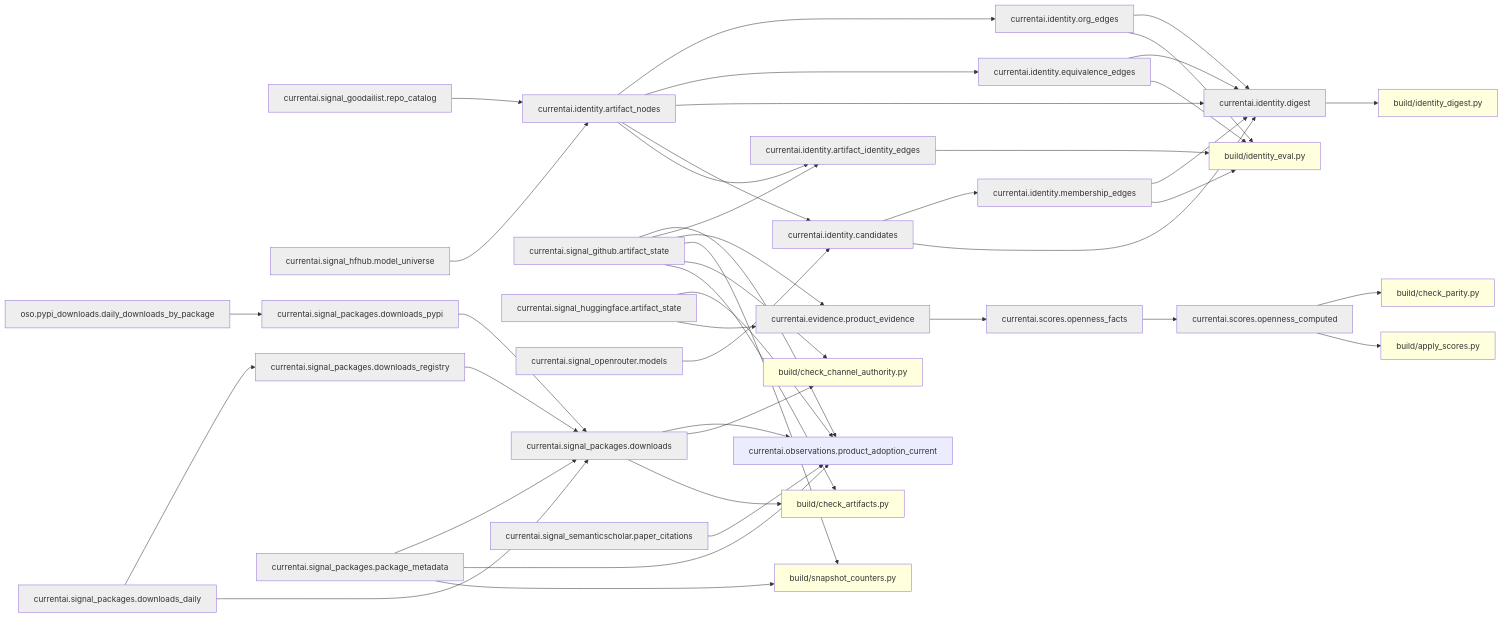
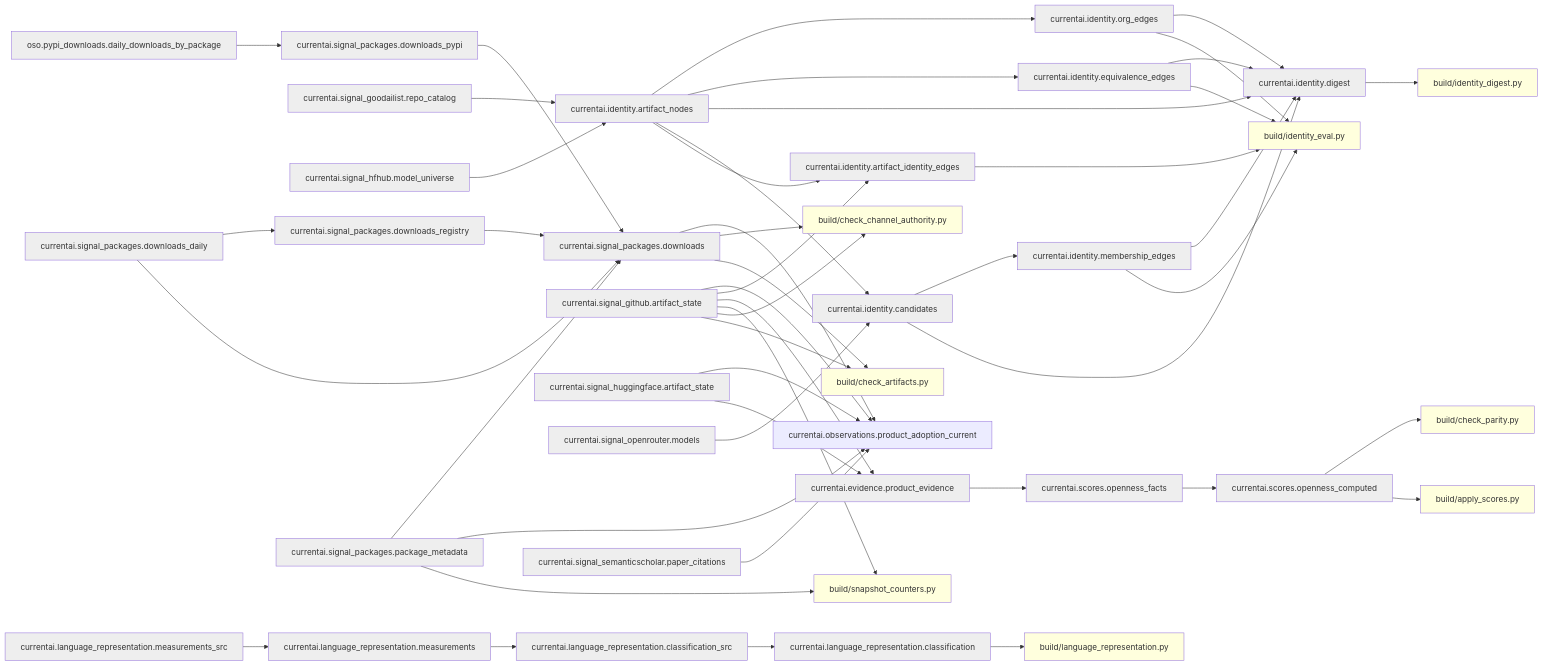
One commit to currentai-org/os-ai-map changed the second of 3 diagrams in docs/architecture/current-state-dag.md. Above: the diagram before and after it, drawn with Mermaid. The commit also changed 8 other files, not shown here.

First line of the commit message:
Contract the Artio language classification tables

````diff
--- a/docs/architecture/current-state-dag.md
+++ b/docs/architecture/current-state-dag.md
@@ -93,48 +93,52 @@
 ```mermaid
 graph LR
   currentai__evidence__product_evidence[currentai.evidence.product_evidence]:::dep --> currentai__scores__openness_facts[currentai.scores.openness_facts]:::dep
   currentai__identity__artifact_identity_edges[currentai.identity.artifact_identity_edges]:::dep --> build/identity_eval__py[build/identity_eval.py]:::audit
   currentai__identity__artifact_nodes[currentai.identity.artifact_nodes]:::dep --> currentai__identity__artifact_identity_edges[currentai.identity.artifact_identity_edges]:::dep
   currentai__identity__artifact_nodes[currentai.identity.artifact_nodes]:::dep --> currentai__identity__candidates[currentai.identity.candidates]:::dep
   currentai__identity__artifact_nodes[currentai.identity.artifact_nodes]:::dep --> currentai__identity__digest[currentai.identity.digest]:::dep
   currentai__identity__artifact_nodes[currentai.identity.artifact_nodes]:::dep --> currentai__identity__equivalence_edges[currentai.identity.equivalence_edges]:::dep
   currentai__identity__artifact_nodes[currentai.identity.artifact_nodes]:::dep --> currentai__identity__org_edges[currentai.identity.org_edges]:::dep
   currentai__identity__candidates[currentai.identity.candidates]:::dep --> currentai__identity__digest[currentai.identity.digest]:::dep
   currentai__identity__candidates[currentai.identity.candidates]:::dep --> currentai__identity__membership_edges[currentai.identity.membership_edges]:::dep
   currentai__identity__digest[currentai.identity.digest]:::dep --> build/identity_digest__py[build/identity_digest.py]:::audit
   currentai__identity__equivalence_edges[currentai.identity.equivalence_edges]:::dep --> build/identity_eval__py[build/identity_eval.py]:::audit
   currentai__identity__equivalence_edges[currentai.identity.equivalence_edges]:::dep --> currentai__identity__digest[currentai.identity.digest]:::dep
   currentai__identity__membership_edges[currentai.identity.membership_edges]:::dep --> build/identity_eval__py[build/identity_eval.py]:::audit
   currentai__identity__membership_edges[currentai.identity.membership_edges]:::dep --> currentai__identity__digest[currentai.identity.digest]:::dep
   currentai__identity__org_edges[currentai.identity.org_edges]:::dep --> build/identity_eval__py[build/identity_eval.py]:::audit
   currentai__identity__org_edges[currentai.identity.org_edges]:::dep --> currentai__identity__digest[currentai.identity.digest]:::dep
+  currentai__language_representation__classification[currentai.language_representation.classification]:::dep --> build/language_representation__py[build/language_representation.py]:::audit
+  currentai__language_representation__classification_src[currentai.language_representation.classification_src]:::dep --> currentai__language_representation__classification[currentai.language_representation.classification]:::dep
+  currentai__language_representation__measurements[currentai.language_representation.measurements]:::dep --> currentai__language_representation__classification_src[currentai.language_representation.classification_src]:::dep
+  currentai__language_representation__measurements_src[currentai.language_representation.measurements_src]:::dep --> currentai__language_representation__measurements[currentai.language_representation.measurements]:::dep
   currentai__scores__openness_computed[currentai.scores.openness_computed]:::dep --> build/apply_scores__py[build/apply_scores.py]:::audit
   currentai__scores__openness_computed[currentai.scores.openness_computed]:::dep --> build/check_parity__py[build/check_parity.py]:::audit
   currentai__scores__openness_facts[currentai.scores.openness_facts]:::dep --> currentai__scores__openness_computed[currentai.scores.openness_computed]:::dep
   currentai__signal_github__artifact_state[currentai.signal_github.artifact_state]:::dep --> build/check_artifacts__py[build/check_artifacts.py]:::audit
   currentai__signal_github__artifact_state[currentai.signal_github.artifact_state]:::dep --> build/check_channel_authority__py[build/check_channel_authority.py]:::audit
   currentai__signal_github__artifact_state[currentai.signal_github.artifact_state]:::dep --> build/snapshot_counters__py[build/snapshot_counters.py]:::audit
   currentai__signal_github__artifact_state[currentai.signal_github.artifact_state]:::dep --> currentai__evidence__product_evidence[currentai.evidence.product_evidence]:::dep
   currentai__signal_github__artifact_state[currentai.signal_github.artifact_state]:::dep --> currentai__identity__artifact_identity_edges[currentai.identity.artifact_identity_edges]:::dep
   currentai__signal_github__artifact_state[currentai.signal_github.artifact_state]:::dep --> currentai__observations__product_adoption_current[currentai.observations.product_adoption_current]
   currentai__signal_goodailist__repo_catalog[currentai.signal_goodailist.repo_catalog]:::dep --> currentai__identity__artifact_nodes[currentai.identity.artifact_nodes]:::dep
   currentai__signal_hfhub__model_universe[currentai.signal_hfhub.model_universe]:::dep --> currentai__identity__artifact_nodes[currentai.identity.artifact_nodes]:::dep
   currentai__signal_huggingface__artifact_state[currentai.signal_huggingface.artifact_state]:::dep --> currentai__evidence__product_evidence[currentai.evidence.product_evidence]:::dep
   currentai__signal_huggingface__artifact_state[currentai.signal_huggingface.artifact_state]:::dep --> currentai__observations__product_adoption_current[currentai.observations.product_adoption_current]
   currentai__signal_openrouter__models[currentai.signal_openrouter.models]:::dep --> currentai__identity__candidates[currentai.identity.candidates]:::dep
   currentai__signal_packages__downloads[currentai.signal_packages.downloads]:::dep --> build/check_artifacts__py[build/check_artifacts.py]:::audit
   currentai__signal_packages__downloads[currentai.signal_packages.downloads]:::dep --> build/check_channel_authority__py[build/check_channel_authority.py]:::audit
   currentai__signal_packages__downloads[currentai.signal_packages.downloads]:::dep --> currentai__observations__product_adoption_current[currentai.observations.product_adoption_current]
   currentai__signal_packages__downloads_daily[currentai.signal_packages.downloads_daily]:::dep --> currentai__signal_packages__downloads[currentai.signal_packages.downloads]:::dep
   currentai__signal_packages__downloads_daily[currentai.signal_packages.downloads_daily]:::dep --> currentai__signal_packages__downloads_registry[currentai.signal_packages.downloads_registry]:::dep
   currentai__signal_packages__downloads_pypi[currentai.signal_packages.downloads_pypi]:::dep --> currentai__signal_packages__downloads[currentai.signal_packages.downloads]:::dep
   currentai__signal_packages__downloads_registry[currentai.signal_packages.downloads_registry]:::dep --> currentai__signal_packages__downloads[currentai.signal_packages.downloads]:::dep
   currentai__signal_packages__package_metadata[currentai.signal_packages.package_metadata]:::dep --> build/snapshot_counters__py[build/snapshot_counters.py]:::audit
   currentai__signal_packages__package_metadata[currentai.signal_packages.package_metadata]:::dep --> currentai__observations__product_adoption_current[currentai.observations.product_adoption_current]
   currentai__signal_packages__package_metadata[currentai.signal_packages.package_metadata]:::dep --> currentai__signal_packages__downloads[currentai.signal_packages.downloads]:::dep
   currentai__signal_semanticscholar__paper_citations[currentai.signal_semanticscholar.paper_citations]:::dep --> currentai__observations__product_adoption_current[currentai.observations.product_adoption_current]
   oso__pypi_downloads__daily_downloads_by_package[oso.pypi_downloads.daily_downloads_by_package]:::dep --> currentai__signal_packages__downloads_pypi[currentai.signal_packages.downloads_pypi]:::dep
   classDef dep fill:#eee;
   classDef audit fill:#ffd;
   classDef src fill:#def;
 ```
````
